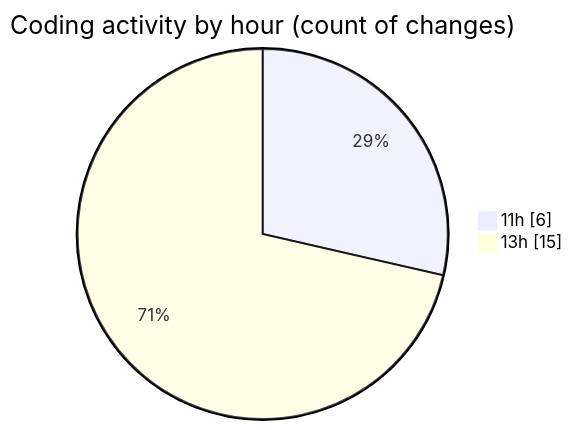
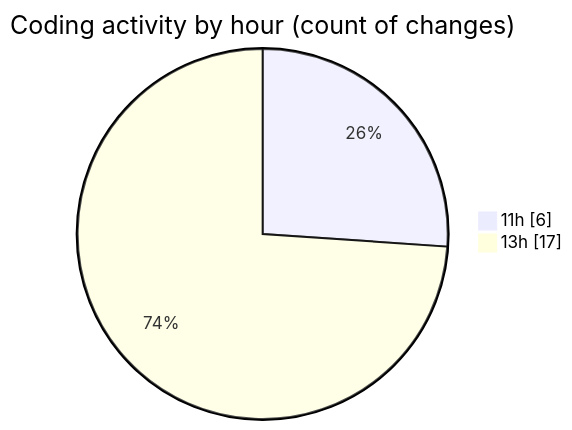
One commit to LanceThiago/code-tracking changed the second of 2 diagrams in 2025-04-24/enre_-_calculadora_de_consumo_v_2022_files/README.md. Above: the diagram before and after it, drawn with Mermaid. The commit also changed other lines of this file and 1 other file, not shown here.

````diff
--- a/2025-04-24/enre_-_calculadora_de_consumo_v_2022_files/README.md
+++ b/2025-04-24/enre_-_calculadora_de_consumo_v_2022_files/README.md
@@ -32,6 +32,6 @@
 ```mermaid
 pie showData
 title Coding activity by hour (count of changes)
 "11h" : 6
-"13h" : 15
+"13h" : 17
 ```
````
